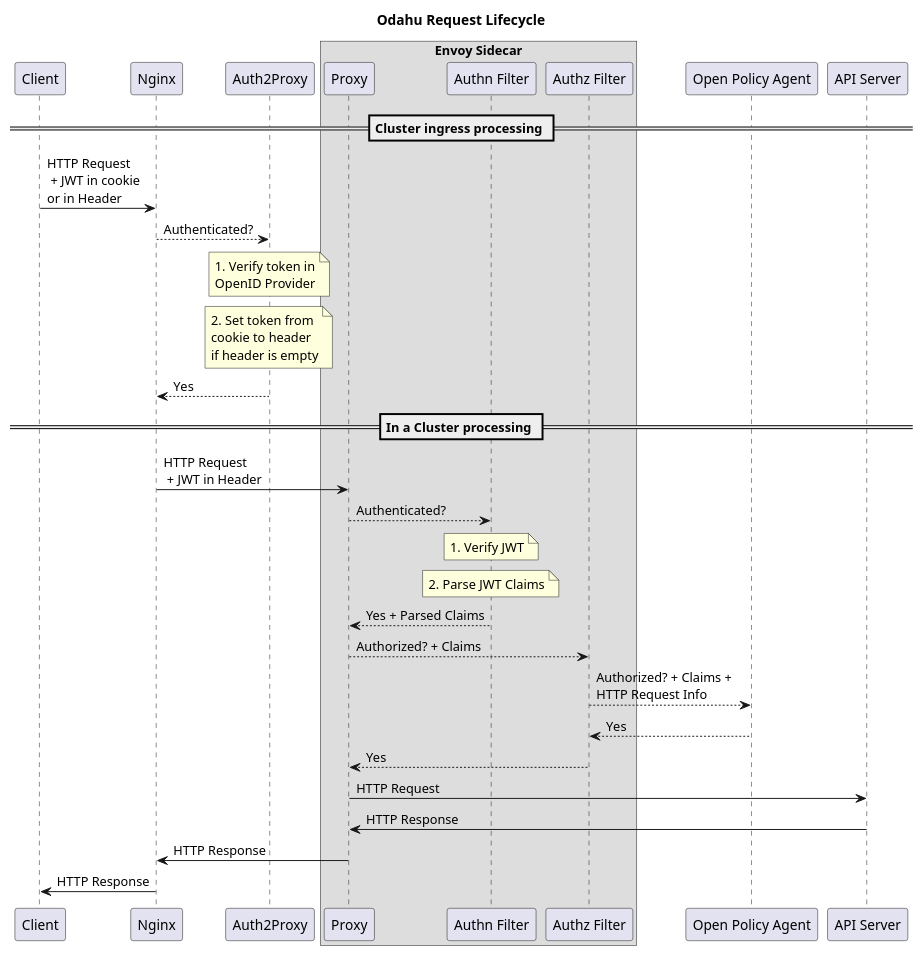
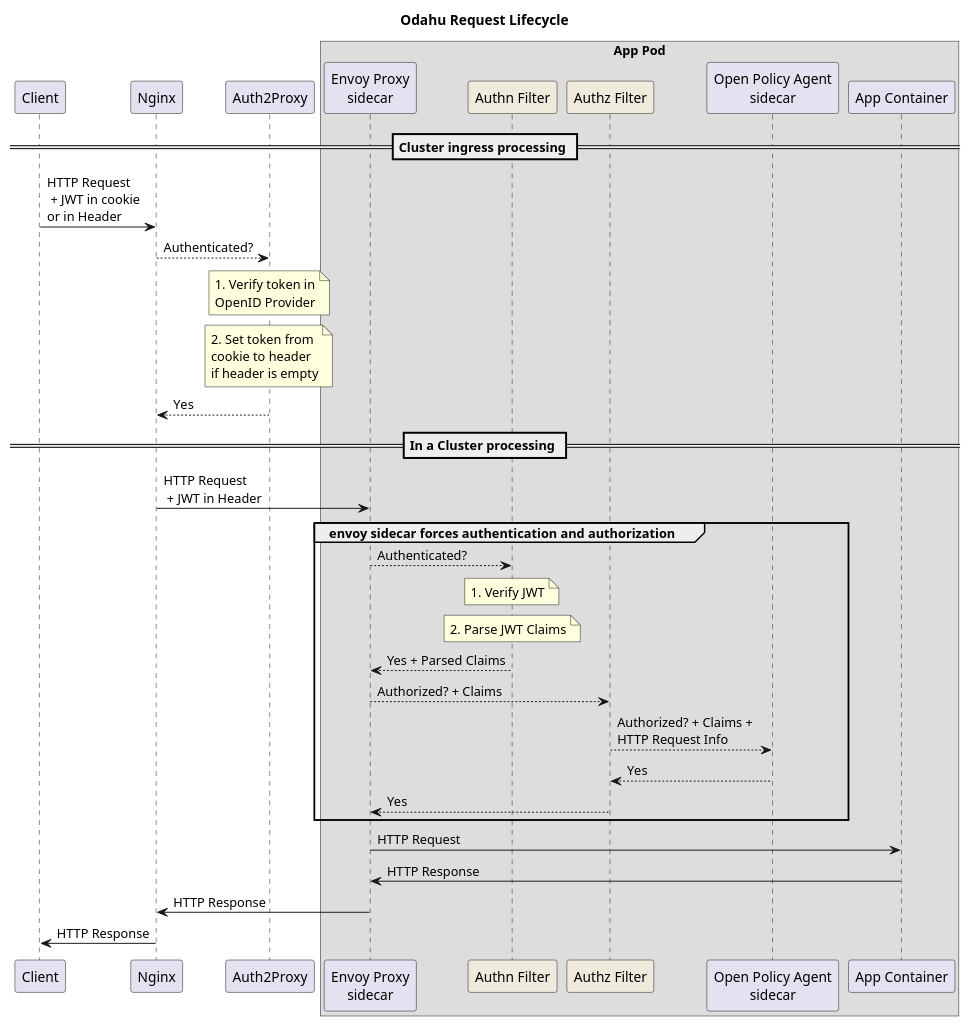
The diagram in source/uml/odahu_security_sequence.puml (odahu/odahu-docs), drawn with PlantUML before and after one commit. The commit also changed 14 other files, not shown here.

Commit message:
Pod level authorization documentation (#96)

```diff
--- a/source/uml/odahu_security_sequence.puml
+++ b/source/uml/odahu_security_sequence.puml
@@ -1,40 +1,43 @@
 @startuml
 
 participant Client order 10
 participant Nginx order 20
 participant Auth2Proxy order 30
 
-box "Envoy Sidecar"
-participant "Proxy" order 40
-participant "Authn Filter" order 40
-participant "Authz Filter" order 50
+box "App Pod"
+participant "Envoy Proxy\nsidecar" order 40
+participant "Authn Filter" order 40 #EEEBDC
+participant "Authz Filter" order 50 #EEEBDC
+
+participant "Open Policy Agent\nsidecar" order 60
+participant "App Container" order 70
 endbox
-
-participant "Open Policy Agent" order 60
-participant "API Server" order 70
 
 title Odahu Request Lifecycle
 
 == Cluster ingress processing ==
 
 Client -> Nginx: HTTP Request\n + JWT in cookie\nor in Header
 Nginx --> Auth2Proxy: Authenticated?
 note over Auth2Proxy: 1. Verify token in\nOpenID Provider
 note over Auth2Proxy: 2. Set token from \ncookie to header\nif header is empty
 Auth2Proxy --> Nginx: Yes
 == In a Cluster processing ==
-Nginx -> Proxy: HTTP Request\n + JWT in Header
-Proxy --> "Authn Filter": Authenticated?
+Nginx -> "Envoy Proxy\nsidecar": HTTP Request\n + JWT in Header
+
+group envoy sidecar forces authentication and authorization
+"Envoy Proxy\nsidecar" --> "Authn Filter": Authenticated?
 note over "Authn Filter": 1. Verify JWT
 note over "Authn Filter": 2. Parse JWT Claims
-"Authn Filter" --> Proxy: Yes + Parsed Claims
-Proxy --> "Authz Filter": Authorized? + Claims
-"Authz Filter" --> "Open Policy Agent": Authorized? + Claims + \nHTTP Request Info
-"Open Policy Agent" --> "Authz Filter": Yes
-"Authz Filter" --> Proxy: Yes
-Proxy -> "API Server": HTTP Request
-"API Server" -> Proxy: HTTP Response
-Proxy -> Nginx: HTTP Response
+"Authn Filter" --> "Envoy Proxy\nsidecar": Yes + Parsed Claims
+"Envoy Proxy\nsidecar" --> "Authz Filter": Authorized? + Claims
+"Authz Filter" --> "Open Policy Agent\nsidecar": Authorized? + Claims + \nHTTP Request Info
+"Open Policy Agent\nsidecar" --> "Authz Filter": Yes
+"Authz Filter" --> "Envoy Proxy\nsidecar": Yes
+end
+"Envoy Proxy\nsidecar" -> "App Container": HTTP Request
+"App Container" -> "Envoy Proxy\nsidecar": HTTP Response
+"Envoy Proxy\nsidecar" -> Nginx: HTTP Response
 Nginx -> Client: HTTP Response
 
 @enduml
```
